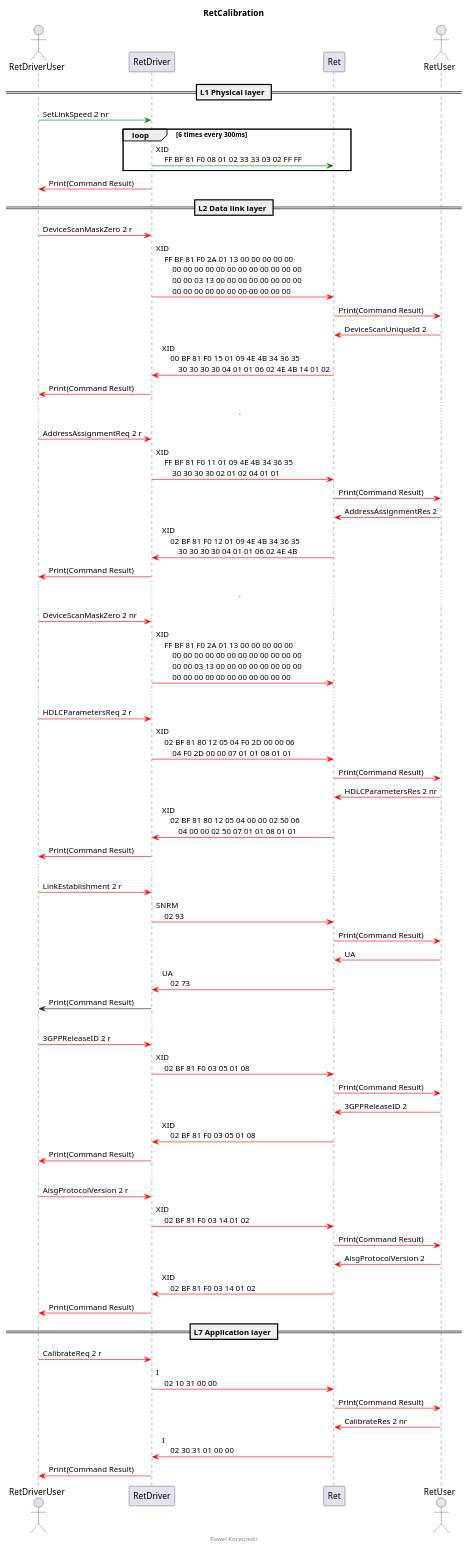
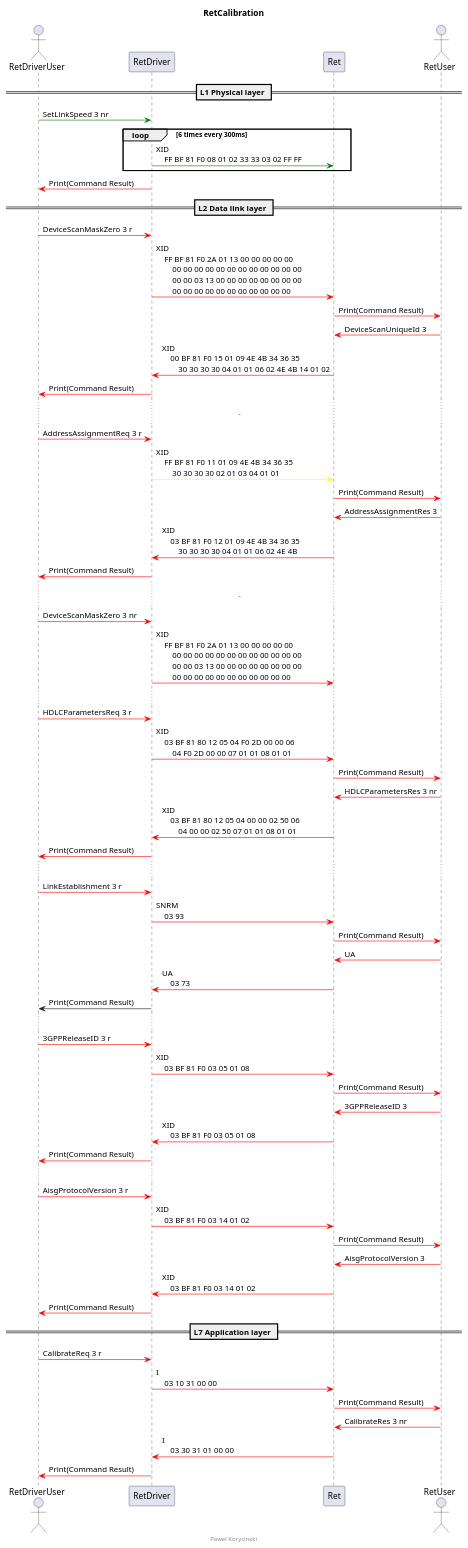
The diagram in UML_DiagramOfSequence_New.wsd (trunksBT/Almag_RetDriver_Device_Simulator_Docs), drawn with PlantUML before and after one commit.

Commit message:
Mark addrress assignment as the processed one

```diff
--- a/UML_DiagramOfSequence_New.wsd
+++ b/UML_DiagramOfSequence_New.wsd
@@ -1,123 +1,123 @@
 @startuml
 
 title RetCalibration
 
 actor RetDriverUser
 participant RetDriver
 participant Ret
 actor RetUser
 
 == L1 Physical layer ==
 
-RetDriverUser -[#green]> RetDriver : SetLinkSpeed 2 nr
+RetDriverUser -[#green]> RetDriver : SetLinkSpeed 3 nr
 loop 6 times every 300ms
     RetDriver -[#green]> Ret : XID\n\
     FF BF 81 F0 08 01 02 33 33 03 02 FF FF
 end
 RetDriver -[#red]> RetDriverUser : Print(Command Result)
 
 == L2 Data link layer ==
 
-RetDriverUser -[#red]> RetDriver : DeviceScanMaskZero 2 r
+RetDriverUser -[#red]> RetDriver : DeviceScanMaskZero 3 r
 RetDriver -[#red]> Ret : XID\n\
     FF BF 81 F0 2A 01 13 00 00 00 00 00\n\
         00 00 00 00 00 00 00 00 00 00 00 00\n\
         00 00 03 13 00 00 00 00 00 00 00 00\n\
         00 00 00 00 00 00 00 00 00 00 00
 Ret -[#red]> RetUser : Print(Command Result)
 
-RetUser -[#red]> Ret : DeviceScanUniqueId 2
+RetUser -[#red]> Ret : DeviceScanUniqueId 3
 Ret -[#red]> RetDriver : XID\n\
     00 BF 81 F0 15 01 09 4E 4B 34 36 35\n\
         30 30 30 30 04 01 01 06 02 4E 4B 14 01 02
 RetDriver -[#red]> RetDriverUser : Print(Command Result)
 
 .......
 
-RetDriverUser -[#red]> RetDriver : AddressAssignmentReq 2 r
-RetDriver -[#red]> Ret : XID\n\
+RetDriverUser -[#red]> RetDriver : AddressAssignmentReq 3 r
+RetDriver -[#yellow]> Ret : XID\n\
     FF BF 81 F0 11 01 09 4E 4B 34 36 35\n\
-        30 30 30 30 02 01 02 04 01 01
+        30 30 30 30 02 01 03 04 01 01
 Ret -[#red]> RetUser : Print(Command Result)
 
-RetUser -[#red]> Ret : AddressAssignmentRes 2
+RetUser -[#red]> Ret : AddressAssignmentRes 3
 Ret -[#red]> RetDriver : XID\n\
-    02 BF 81 F0 12 01 09 4E 4B 34 36 35\n\
+    03 BF 81 F0 12 01 09 4E 4B 34 36 35\n\
         30 30 30 30 04 01 01 06 02 4E 4B
 RetDriver -[#red]> RetDriverUser : Print(Command Result)
 
 .......
 
-RetDriverUser -[#red]> RetDriver : DeviceScanMaskZero 2 nr
+RetDriverUser -[#red]> RetDriver : DeviceScanMaskZero 3 nr
 RetDriver -[#red]> Ret : XID\n\
     FF BF 81 F0 2A 01 13 00 00 00 00 00\n\
         00 00 00 00 00 00 00 00 00 00 00 00\n\
         00 00 03 13 00 00 00 00 00 00 00 00\n\
         00 00 00 00 00 00 00 00 00 00 00 
 
 ......
 
-RetDriverUser -[#red]> RetDriver : HDLCParametersReq 2 r
+RetDriverUser -[#red]> RetDriver : HDLCParametersReq 3 r
 RetDriver -[#red]> Ret : XID\n\
-    02 BF 81 80 12 05 04 F0 2D 00 00 06\n\
+    03 BF 81 80 12 05 04 F0 2D 00 00 06\n\
         04 F0 2D 00 00 07 01 01 08 01 01 
 Ret -[#red]> RetUser : Print(Command Result)
 
-RetUser -[#red]> Ret : HDLCParametersRes 2 nr
+RetUser -[#red]> Ret : HDLCParametersRes 3 nr
 Ret -[#red]> RetDriver : XID\n\
-    02 BF 81 80 12 05 04 00 00 02 50 06\n\
+    03 BF 81 80 12 05 04 00 00 02 50 06\n\
         04 00 00 02 50 07 01 01 08 01 01
 RetDriver -[#red]> RetDriverUser : Print(Command Result)
 
 ......
 
-RetDriverUser -[#red]> RetDriver : LinkEstablishment 2 r
+RetDriverUser -[#red]> RetDriver : LinkEstablishment 3 r
 RetDriver -[#red]> Ret : SNRM\n\
-    02 93 
+    03 93 
 Ret -[#red]> RetUser : Print(Command Result)
 
 RetUser -[#red]> Ret : UA
 Ret -[#red]> RetDriver : UA\n\
-    02 73
+    03 73
 RetDriver -> RetDriverUser : Print(Command Result)
 
 ......
 
-RetDriverUser -[#red]> RetDriver : 3GPPReleaseID 2 r
+RetDriverUser -[#red]> RetDriver : 3GPPReleaseID 3 r
 RetDriver -[#red]> Ret : XID\n\
-    02 BF 81 F0 03 05 01 08
+    03 BF 81 F0 03 05 01 08
 Ret -[#red]> RetUser : Print(Command Result)
 
-RetUser -[#red]> Ret : 3GPPReleaseID 2
+RetUser -[#red]> Ret : 3GPPReleaseID 3
 Ret -[#red]> RetDriver : XID\n\
-    02 BF 81 F0 03 05 01 08
+    03 BF 81 F0 03 05 01 08
 RetDriver -[#red]> RetDriverUser : Print(Command Result)
 
 ......
 
-RetDriverUser -[#red]> RetDriver : AisgProtocolVersion 2 r
+RetDriverUser -[#red]> RetDriver : AisgProtocolVersion 3 r
 RetDriver -[#red]> Ret : XID\n\
-    02 BF 81 F0 03 14 01 02
+    03 BF 81 F0 03 14 01 02
 Ret -[#red]> RetUser : Print(Command Result)
 
-RetUser -[#red]> Ret : AisgProtocolVersion 2
+RetUser -[#red]> Ret : AisgProtocolVersion 3
 Ret -[#red]> RetDriver : XID\n\
-    02 BF 81 F0 03 14 01 02
+    03 BF 81 F0 03 14 01 02
 RetDriver -[#red]> RetDriverUser : Print(Command Result)
 
 == L7 Application layer ==
 
-RetDriverUser -[#red]> RetDriver : CalibrateReq 2 r
+RetDriverUser -[#red]> RetDriver : CalibrateReq 3 r
 RetDriver -[#red]> Ret : I\n\
-    02 10 31 00 00 
+    03 10 31 00 00 
 Ret -[#red]> RetUser : Print(Command Result)
 
-RetUser -[#red]> Ret : CalibrateRes 2 nr
+RetUser -[#red]> Ret : CalibrateRes 3 nr
 Ret -[#red]> RetDriver : I\n\
-    02 30 31 01 00 00 
+    03 30 31 01 00 00 
 
 RetDriver -[#red]> RetDriverUser : Print(Command Result)
 
 footer Pawel Korycinski
 
 @enduml
```
